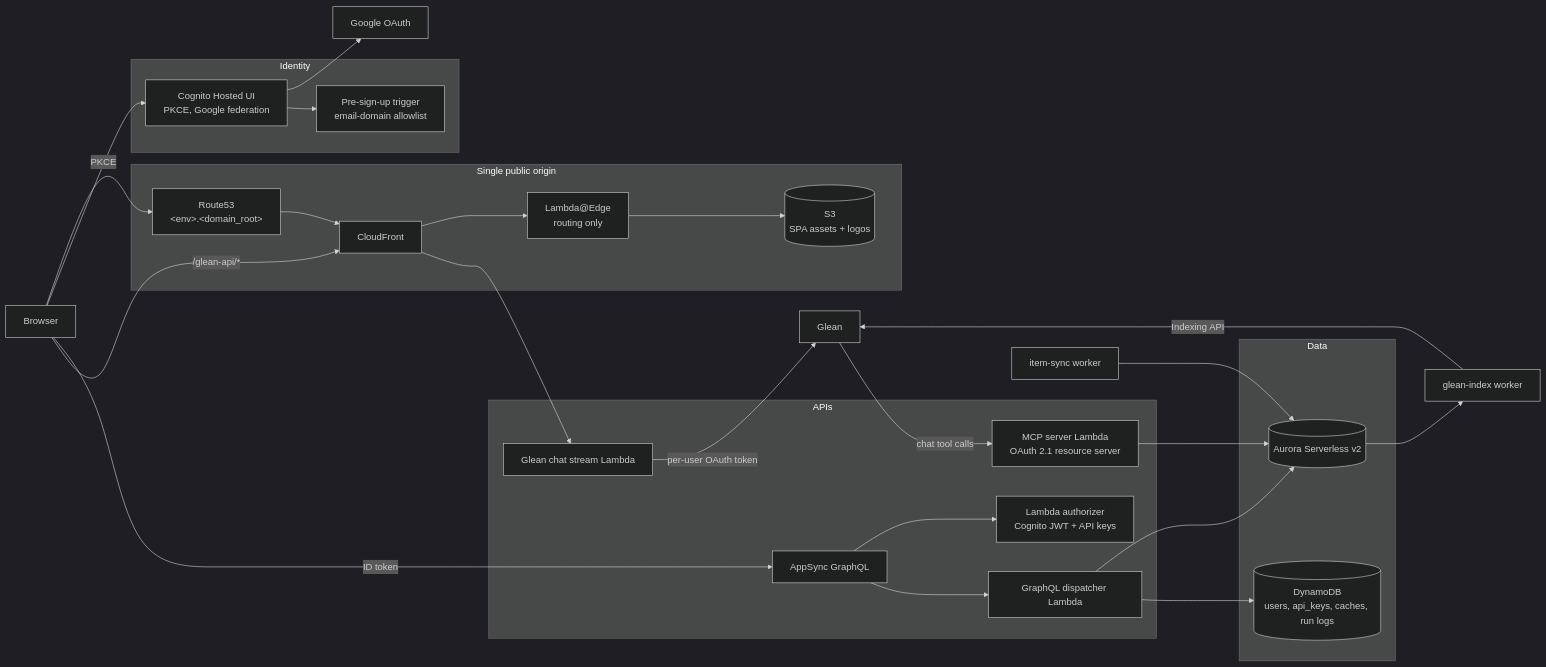
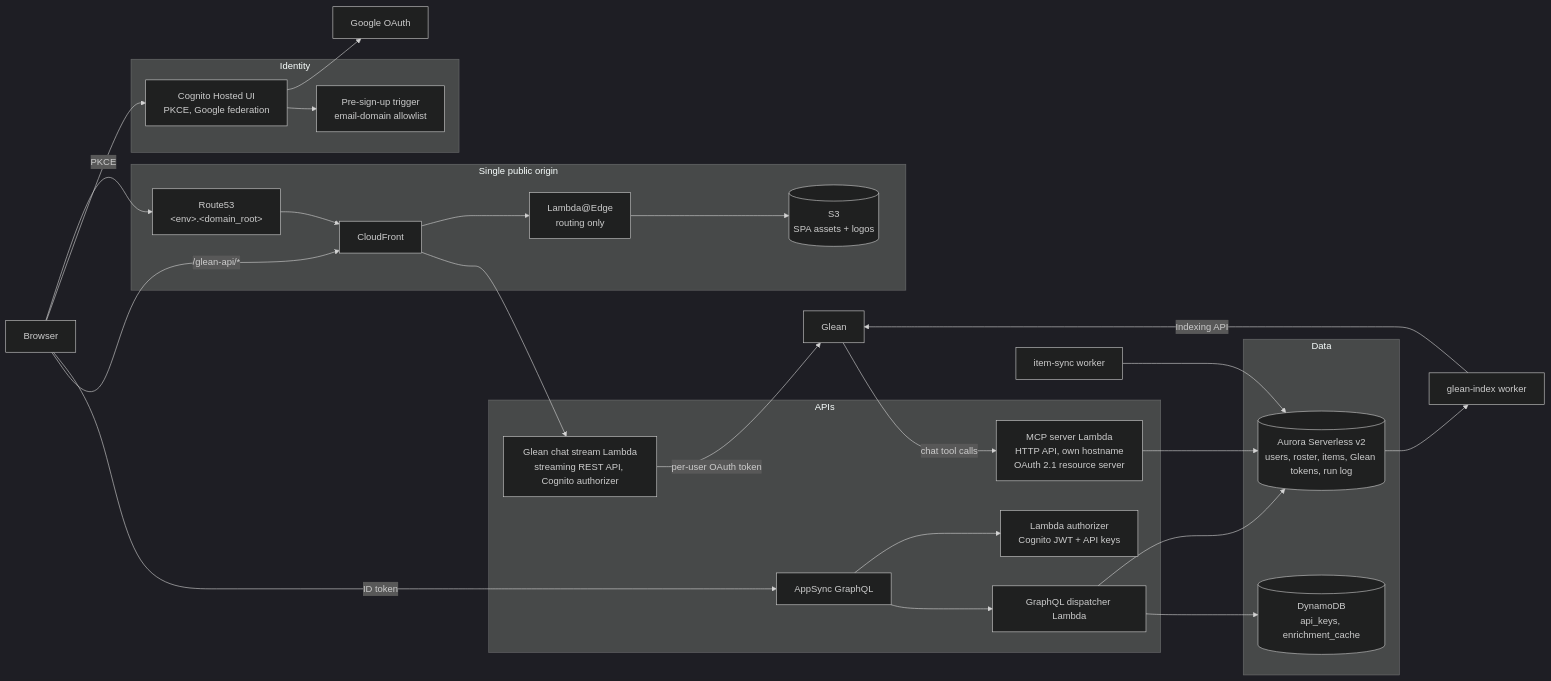
One commit to James-Crawford-Glean/External-Hub-Accelerator changed the diagram in README.md. Above: the diagram before and after it, drawn with Mermaid (dark theme). The commit also changed other lines of this file and 4 other files, not shown here.

````diff
--- a/README.md
+++ b/README.md
@@ -90,43 +90,43 @@
 ```mermaid
 flowchart LR
   user["Browser"]
   glean["Glean"]
   google["Google OAuth"]
 
   subgraph edge["Single public origin"]
     dns["Route53<br/>&lt;env&gt;.&lt;domain_root&gt;"]
     cf["CloudFront"]
     edgefn["Lambda@Edge<br/>routing only"]
     spa[("S3<br/>SPA assets + logos")]
   end
 
   subgraph auth["Identity"]
     cognito["Cognito Hosted UI<br/>PKCE, Google federation"]
     presignup["Pre-sign-up trigger<br/>email-domain allowlist"]
   end
 
   subgraph api["APIs"]
     appsync["AppSync GraphQL"]
     authorizer["Lambda authorizer<br/>Cognito JWT + API keys"]
     gql["GraphQL dispatcher Lambda"]
-    mcp["MCP server Lambda<br/>OAuth 2.1 resource server"]
-    stream["Glean chat stream Lambda"]
+    mcp["MCP server Lambda<br/>HTTP API, own hostname<br/>OAuth 2.1 resource server"]
+    stream["Glean chat stream Lambda<br/>streaming REST API, Cognito authorizer"]
   end
 
   subgraph data["Data"]
-    aurora[("Aurora Serverless v2")]
-    ddb[("DynamoDB<br/>users, api_keys, caches, run logs")]
+    aurora[("Aurora Serverless v2<br/>users, roster, items, Glean tokens, run log")]
+    ddb[("DynamoDB<br/>api_keys, enrichment_cache")]
   end
 
   user --> dns --> cf --> edgefn --> spa
   user -->|PKCE| cognito --> google
   cognito --> presignup
   user -->|ID token| appsync --> authorizer
   appsync --> gql --> aurora
   gql --> ddb
   user -->|/glean-api/*| cf --> stream -->|per-user OAuth token| glean
   glean -->|chat tool calls| mcp --> aurora
   indexer["glean-index worker"] -->|Indexing API| glean
   sync["item-sync worker"] --> aurora
   aurora --> indexer
 ```
````
